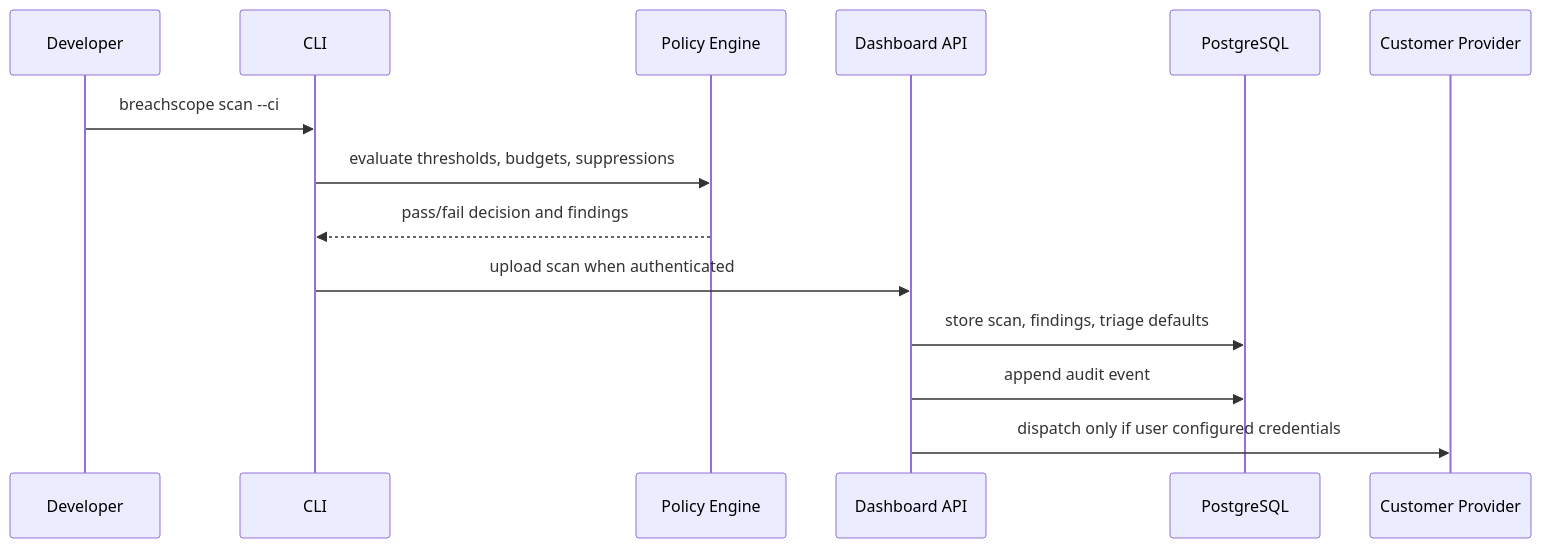
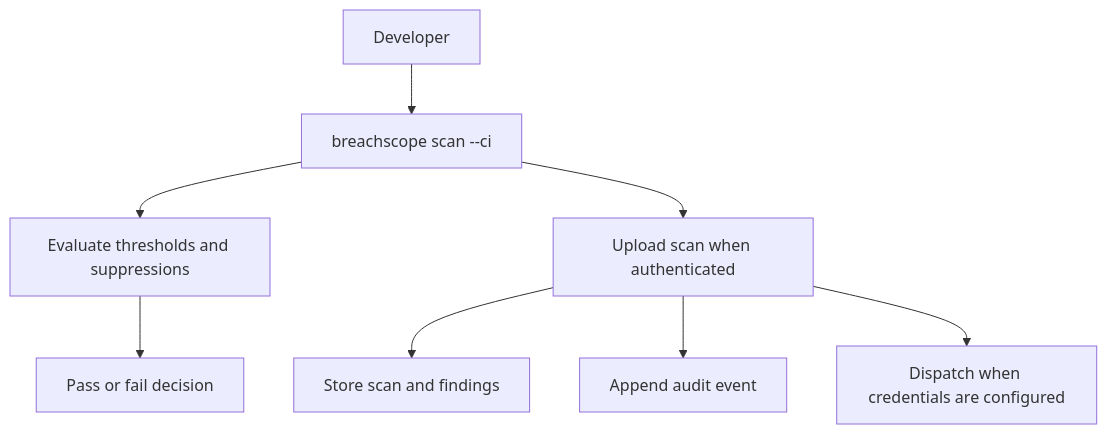
One commit to Afnanksalal/BreachScope changed the second of 3 diagrams in docs/architecture.md. Above: the diagram before and after it, drawn with Mermaid. The commit also changed other lines of this file and 20 other files, not shown here.

````diff
--- a/docs/architecture.md
+++ b/docs/architecture.md
@@ -22,17 +22,10 @@
 ```mermaid
-sequenceDiagram
-  participant Dev as Developer
-  participant CLI as CLI
-  participant Policy as Policy Engine
-  participant API as Dashboard API
-  participant DB as PostgreSQL
-  participant Provider as Customer Provider
-
-  Dev->>CLI: breachscope scan --ci
-  CLI->>Policy: evaluate thresholds, budgets, suppressions
-  Policy-->>CLI: pass/fail decision and findings
-  CLI->>API: upload scan when authenticated
-  API->>DB: store scan, findings, triage defaults
-  API->>DB: append audit event
-  API->>Provider: dispatch only if user configured credentials
+flowchart TD
+  Dev["Developer"] --> CLI["breachscope scan --ci"]
+  CLI --> Policy["Evaluate thresholds and suppressions"]
+  Policy --> Result["Pass or fail decision"]
+  CLI --> API["Upload scan when authenticated"]
+  API --> DB["Store scan and findings"]
+  API --> Audit["Append audit event"]
+  API --> Provider["Dispatch when credentials are configured"]
 ```
````
